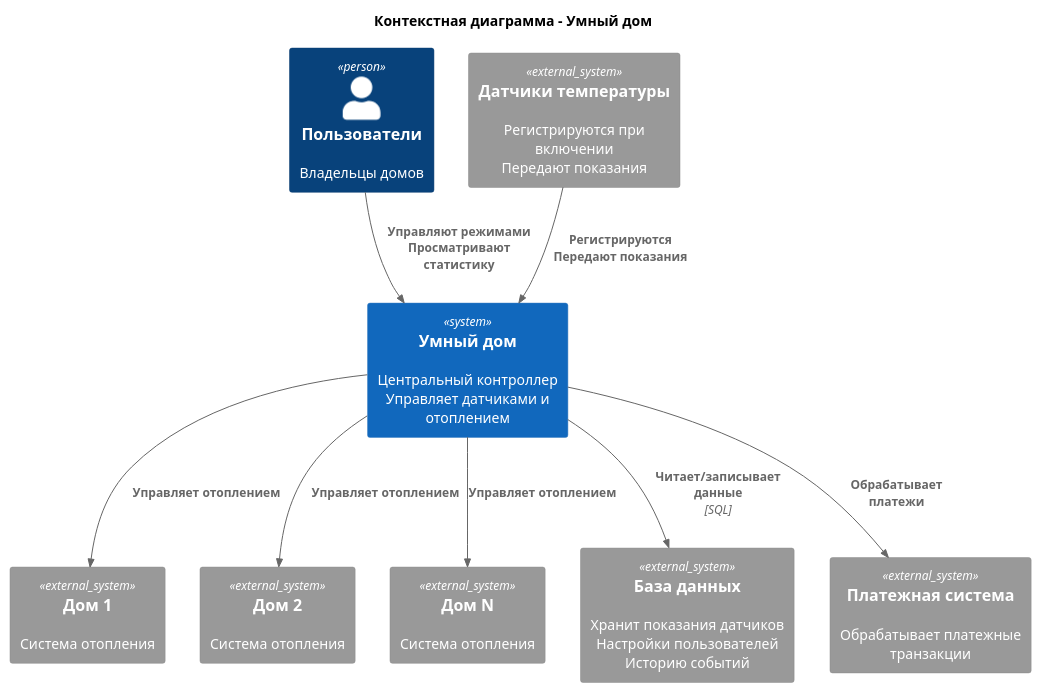
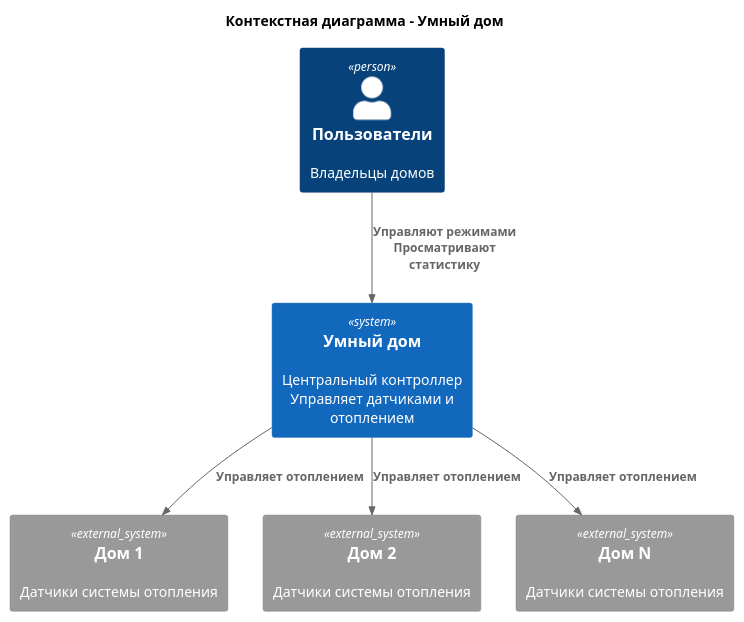
One commit to sproggi/architecture-warmhouse changed the diagram in current_smart_home_uml.puml. Above: the diagram before and after it, drawn with PlantUML.

Commit message:
* Исправил текущую диаграмму приложения.

```diff
--- a/current_smart_home_uml.puml
+++ b/current_smart_home_uml.puml
@@ -1,26 +1,19 @@
 @startuml smart_home
 !include ./c4_templates/C4_Context.puml
 
 title Контекстная диаграмма - Умный дом
 
 Person(users, "Пользователи", "Владельцы домов")
 
-System_Ext(house1, "Дом 1", "Система отопления")
-System_Ext(house2, "Дом 2", "Система отопления")
-System_Ext(houseN, "Дом N", "Система отопления")
-System_Ext(sensors, "Датчики температуры", "Регистрируются при включении\nПередают показания")
-System_Ext(db, "База данных", "Хранит показания датчиков\nНастройки пользователей\nИсторию событий")
-System_Ext(payments, "Платежная система", "Обрабатывает платежные транзакции")
+System_Ext(house1, "Дом 1", "Датчики системы отопления")
+System_Ext(house2, "Дом 2", "Датчики системы отопления")
+System_Ext(houseN, "Дом N", "Датчики системы отопления")
 
 System(smart_home, "Умный дом", "Центральный контроллер\nУправляет датчиками и отоплением")
 
 Rel(users, smart_home, "Управляют режимами\nПросматривают статистику")
 Rel(smart_home, house1, "Управляет отоплением")
 Rel(smart_home, house2, "Управляет отоплением")
 Rel(smart_home, houseN, "Управляет отоплением")
-Rel(sensors, smart_home, "Регистрируются\nПередают показания")
-Rel(smart_home, db, "Читает/записывает данные", "SQL")
-Rel(smart_home, payments, "Обрабатывает платежи")
-
 
 @enduml
```
